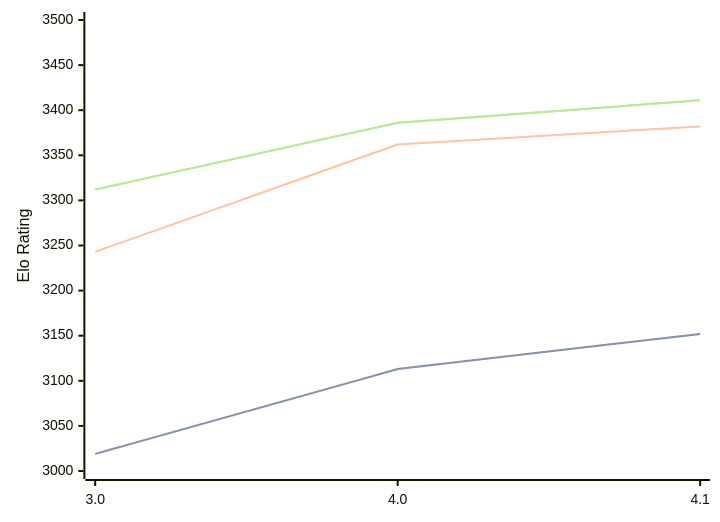
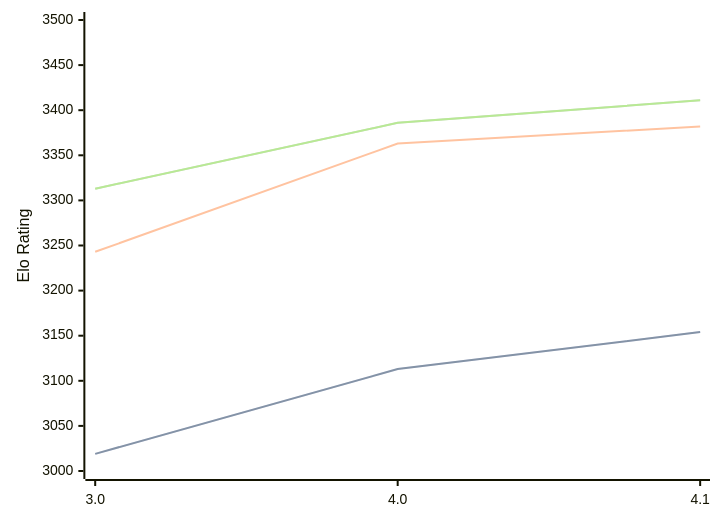
The diagram in engines/Eleanor.md (computer-chess-index/cci), drawn with Mermaid before and after one commit. The commit also changed other lines of this file, not shown here.

Commit message:
Update CCI Ratings (ELO VLTC) - 2026-07-26

````diff
--- a/engines/Eleanor.md
+++ b/engines/Eleanor.md
@@ -35,11 +35,11 @@
 ```mermaid
 %%{init: {"theme":"base","themeVariables":{"seriesColors:['#a3a3a3','#222221','#faa371']}}}%%
 xychart-beta
   x-axis ["3.0", "4.0", "4.1"]
   y-axis "Elo Rating" 3000 --> 3500
-  line "STC (8.0+0.08s)" [3019, 3113, 3152]
-  line "STC (8.0+0.08s)" [3019, 3113, 3152]
-  line "LTC (60.0+0.60s)" [3243, 3362, 3382]
-  line "VLTC (2m24s+1.12s)" [3312, 3386, 3411]
-  line "VLTC (2m24s+1.12s)" [3312, 3386, 3411]
+  line "STC (8.0+0.08s)" [3019, 3113, 3154]
+  line "STC (8.0+0.08s)" [3019, 3113, 3154]
+  line "LTC (60.0+0.60s)" [3243, 3363, 3382]
+  line "VLTC (2m24s+1.12s)" [3313, 3386, 3411]
+  line "VLTC (2m24s+1.12s)" [3313, 3386, 3411]
 ```
````
